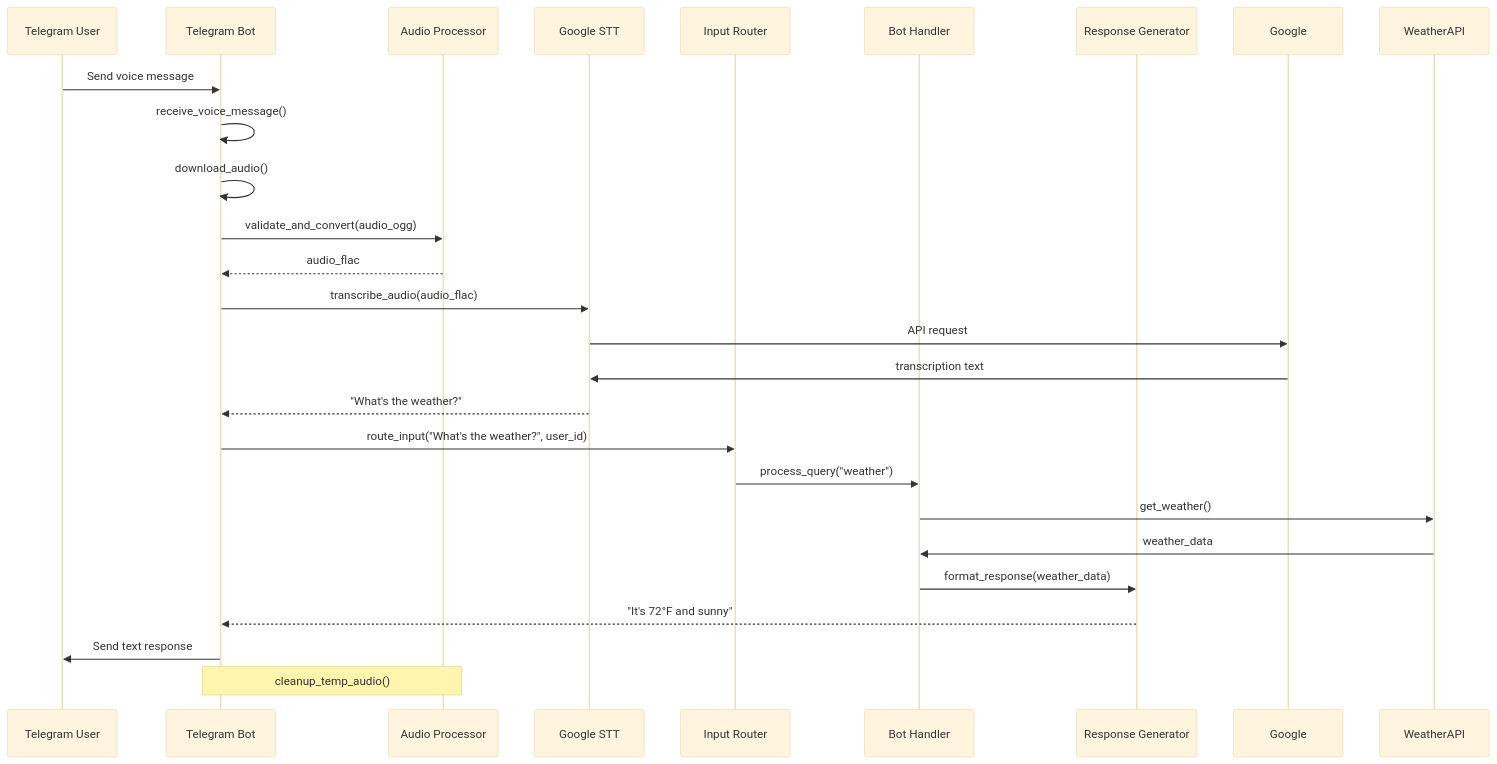
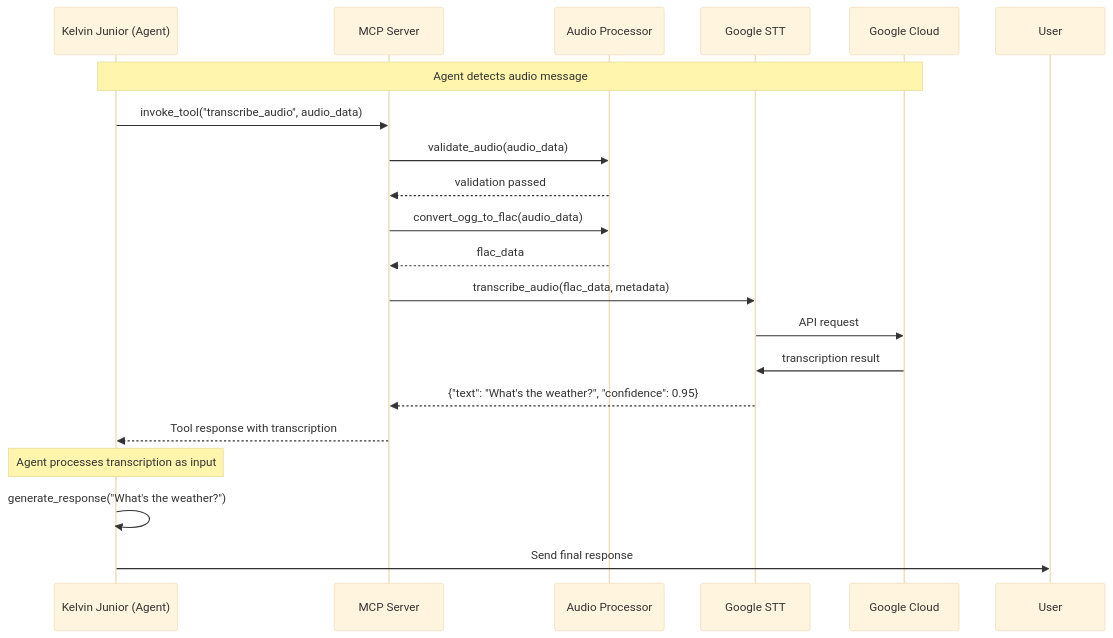
Before and after one commit to k-junior-claw/claw-auto-transcriber: the first of 3 diagrams in PROJECT_SPEC.md, drawn with Mermaid (base theme). The commit also changed other lines of this file, not shown here.

Commit message:
MCP SERVER v3.0: Complete MCP Server architecture spec\n\n- Converted from Telegram Bot to MCP Server architecture\n- Added MCP Server, Tool Definition components\n- Included MCP protocol flows, schemas, security\n- Added 80% test coverage requirement (pytest)\n- File: 20,878 bytes

````diff
--- a/PROJECT_SPEC.md
+++ b/PROJECT_SPEC.md
@@ -147,28 +141,23 @@
 ```mermaid
 sequenceDiagram
-    participant User as Telegram User
-    participant Bot as Telegram Bot
+    participant Agent as Kelvin Junior (Agent)
+    participant MCP as MCP Server
     participant AudioProc as Audio Processor
     participant Transcriber as Google STT
-    participant Router as Input Router
-    participant Handler as Bot Handler
-    participant Response as Response Generator
+    participant GCloud as Google Cloud
 
-    User->>Bot: Send voice message
-    Bot->>Bot: receive_voice_message()
-    Bot->>Bot: download_audio()
-    Bot->>AudioProc: validate_and_convert(audio_ogg)
-    AudioProc-->>Bot: audio_flac
-    Bot->>Transcriber: transcribe_audio(audio_flac)
-    Transcriber->>Google: API request
-    Google->>Transcriber: transcription text
-    Transcriber-->>Bot: "What's the weather?"
-    Bot->>Router: route_input("What's the weather?", user_id)
-    Router->>Handler: process_query("weather")
-    Handler->>WeatherAPI: get_weather()
-    WeatherAPI->>Handler: weather_data
-    Handler->>Response: format_response(weather_data)
-    Response-->>Bot: "It's 72°F and sunny"
-    Bot->>User: Send text response
-    Note over Bot,AudioProc: cleanup_temp_audio()
+    Note over Agent,GCloud: Agent detects audio message
+    Agent->>MCP: invoke_tool("transcribe_audio", audio_data)
+    MCP->>AudioProc: validate_audio(audio_data)
+    AudioProc-->>MCP: validation passed
+    MCP->>AudioProc: convert_ogg_to_flac(audio_data)
+    AudioProc-->>MCP: flac_data
+    MCP->>Transcriber: transcribe_audio(flac_data, metadata)
+    Transcriber->>GCloud: API request
+    GCloud->>Transcriber: transcription result
+    Transcriber-->>MCP: {"text": "What's the weather?", "confidence": 0.95}
+    MCP-->>Agent: Tool response with transcription
+    Note over Agent: Agent processes transcription as input
+    Agent->>Agent: generate_response("What's the weather?")
+    Agent->>User: Send final response
 ```
````
